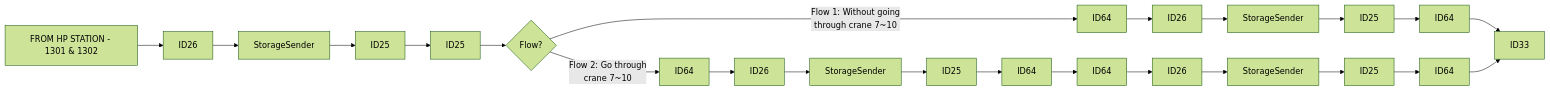
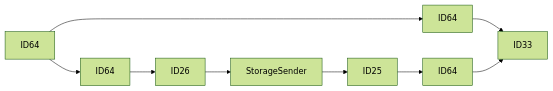
Before and after one commit to luthfiadityaa/SimeDarby-Wiki: the third of 24 diagrams in Basic-Design/DFD-WMS/Storage/Unplanned-Storage/Unplanned-Storage-from-HP.md, drawn with Mermaid (forest theme). The commit also changed other lines of this file, not shown here.

Commit message:
Updated Unplanned Storage from HP

```diff
--- a/Basic-Design/DFD-WMS/Storage/Unplanned-Storage/Unplanned-Storage-from-HP.md
+++ b/Basic-Design/DFD-WMS/Storage/Unplanned-Storage/Unplanned-Storage-from-HP.md
@@ -35,15 +30,8 @@
 ::: mermaid
 flowchart LR
-  
-P1[FROM HP STATION - 1301 & 1302]-->P2[ID26]-->P3[StorageSender]-->P4[ID25]-->P7[ID25]
-P7[ID25]-->Cond1{Flow?} 
-Cond1 --> |Flow 1: Without going 
-through crane 7~10| P8[ID64]
-Cond1 --> |Flow 2: Go through 
-crane 7~10| P9[ID64]
-P8[ID64]-->P10[ID26]-->P11[StorageSender]-->P12[ID25]-->P13[ID64]
-P9[ID64]-->P15[ID26]-->P16[StorageSender]-->P17[ID25]-->P18[ID64]-->P19[ID64]-->P20[ID26]-->P21[StorageSender]-->P22[ID25]-->P23[ID64]
+P18[ID64]--->P13[ID64]  
+P18[ID64]-->P19[ID64]-->P20[ID26]-->P21[StorageSender]-->P22[ID25]-->P23[ID64]
 
 P13[ID64]-->P14[ID33]
 P23[ID64]-->P14[ID33]
 :::
```
